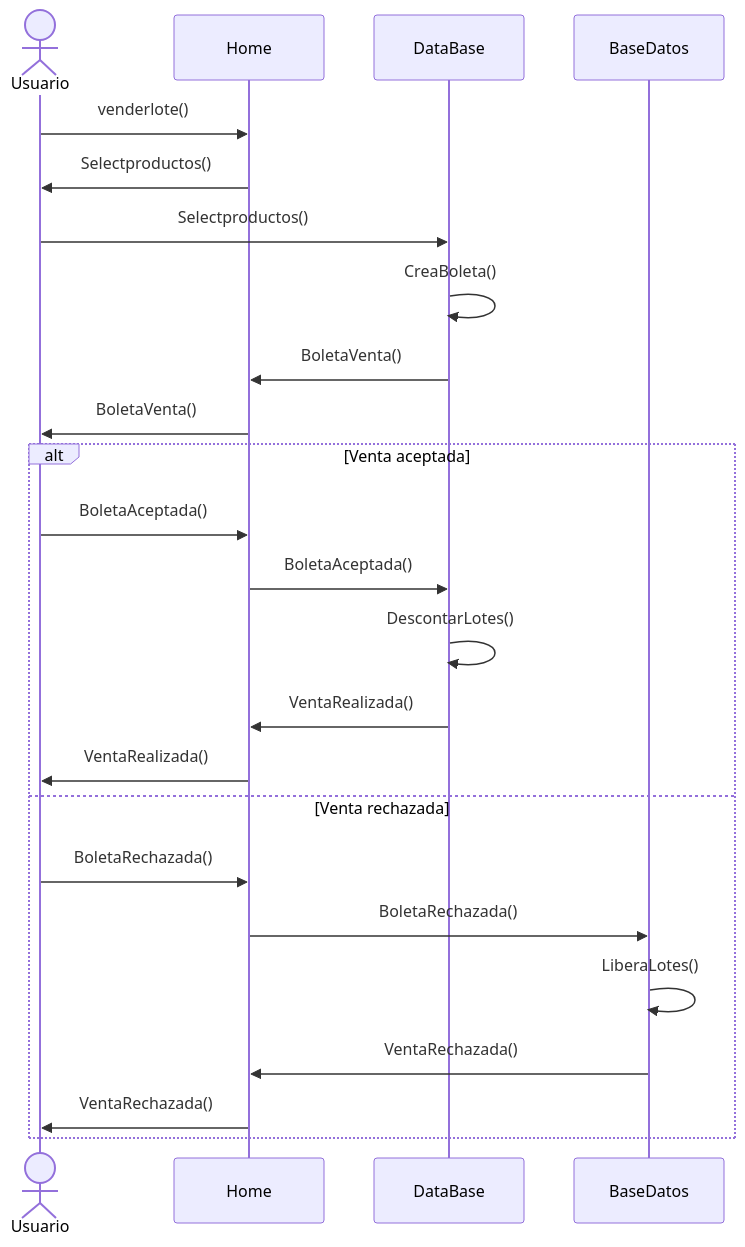
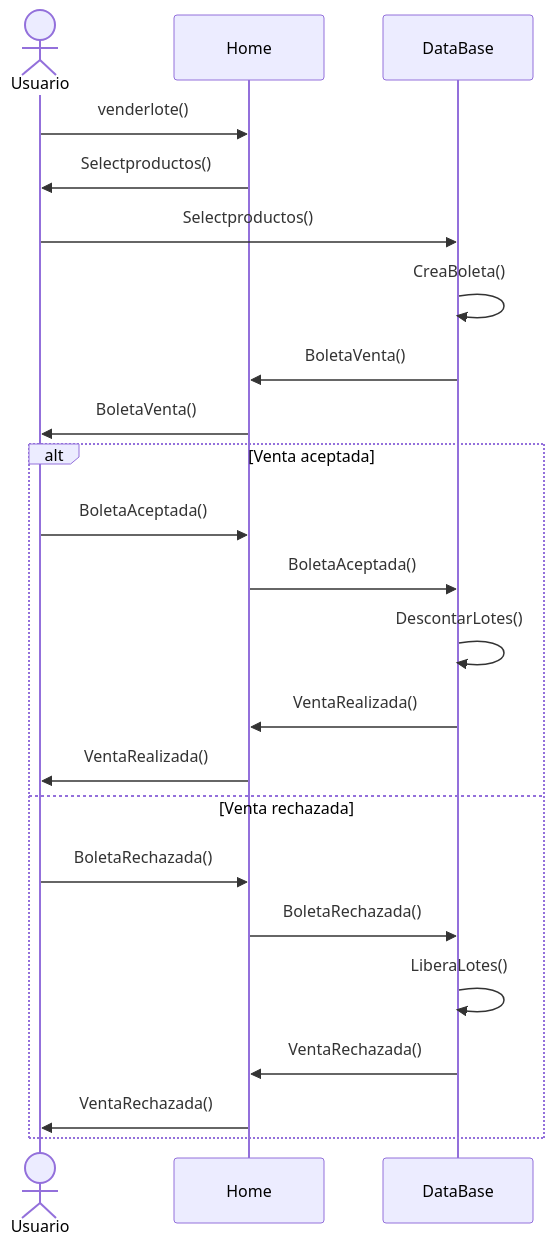
The sixth of 6 diagrams in README.md (CokkeDev/Mi-Negocio), drawn with Mermaid before and after one commit.

Commit message:
add diagram secuence User Sells multiple lots
The diagram explain how sells lots in the app

````diff
--- a/README.md
+++ b/README.md
@@ -226,27 +226,27 @@
 ```mermaid
 sequenceDiagram
     actor Usuario
     participant Home
     participant DataBase
     Usuario->>Home: venderlote();
     Home->>Usuario: Selectproductos();
     Usuario->>DataBase: Selectproductos();
     DataBase->>DataBase: CreaBoleta();
     DataBase->>Home: BoletaVenta();
     Home->>Usuario: BoletaVenta();
 
     alt Venta aceptada
         Usuario->>Home: BoletaAceptada();
         Home->>DataBase: BoletaAceptada();
         DataBase->>DataBase: DescontarLotes();
         DataBase->>Home: VentaRealizada();
         Home->>Usuario: VentaRealizada();
 
     else Venta rechazada
         Usuario->>Home: BoletaRechazada();
-        Home->>BaseDatos: BoletaRechazada();
-        BaseDatos->>BaseDatos: LiberaLotes();
-        BaseDatos->>Home: VentaRechazada();
+        Home->>DataBase: BoletaRechazada();
+        DataBase->>DataBase: LiberaLotes();
+        DataBase->>Home: VentaRechazada();
         Home->>Usuario: VentaRechazada();
     end
 ```
````
